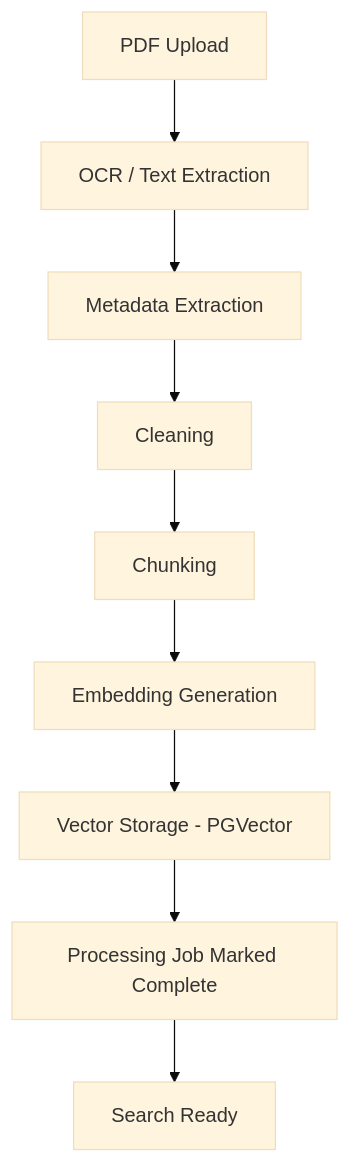
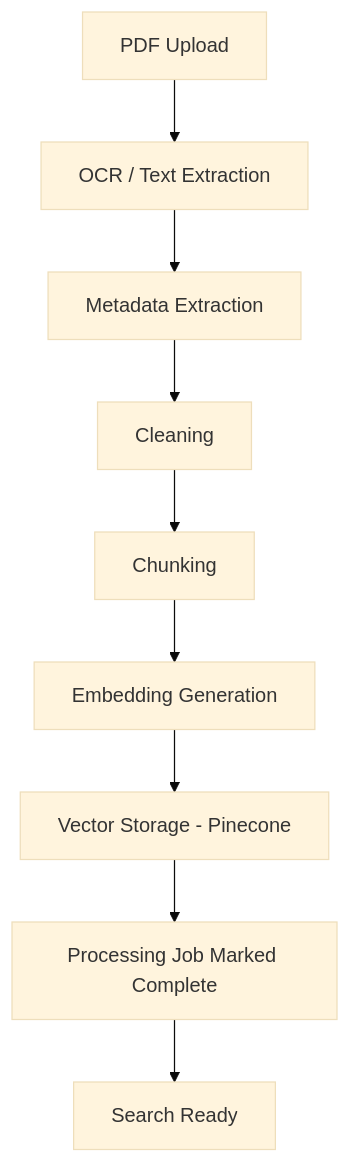
Before and after one commit to NeetiQ/Samarth_internship_2026_RAG_Chatbot: the first of 3 diagrams in RAG_PIPELINE.md, drawn with Mermaid (base theme). The commit also changed other lines of this file and 20 other files, not shown here.

Commit message:
chore: remove PGVector and transition to Pinecone

````diff
--- a/RAG_PIPELINE.md
+++ b/RAG_PIPELINE.md
@@ -7,11 +7,11 @@
 ```mermaid
 graph TD
     A[PDF Upload] --> B[OCR / Text Extraction]
     B --> C[Metadata Extraction]
     C --> D[Cleaning]
     D --> E[Chunking]
     E --> F[Embedding Generation]
-    F --> G[Vector Storage - PGVector]
+    F --> G[Vector Storage - Pinecone]
     G --> H[Processing Job Marked Complete]
     H --> I[Search Ready]
 ```
````
